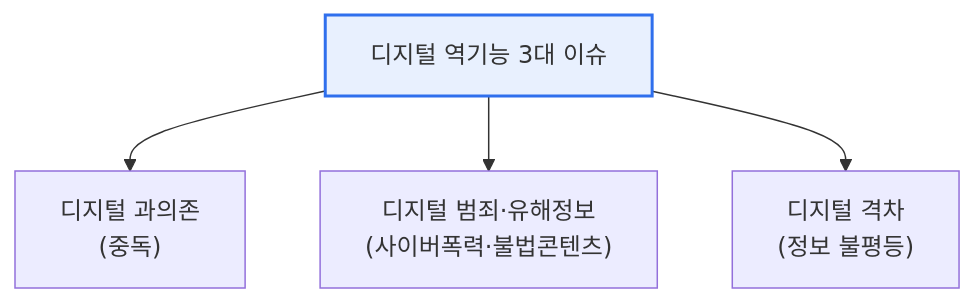
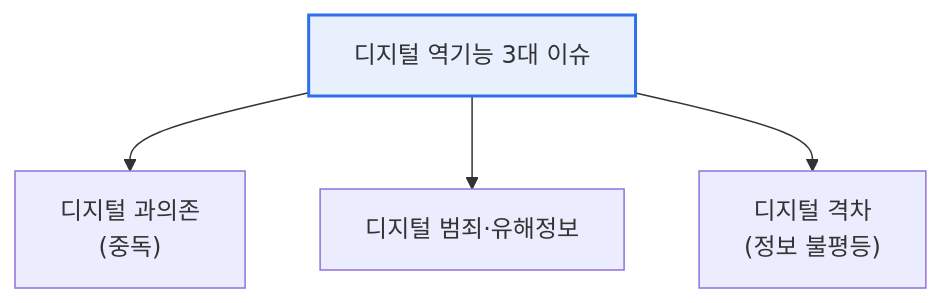
Before and after one commit to coninggu/wjdqhrhksflrltnftk: the diagram in content/digital-dysfunction.md, drawn with Mermaid. The commit also changed other lines of this file and 5 other files, not shown here.

````diff
--- a/content/digital-dysfunction.md
+++ b/content/digital-dysfunction.md
@@ -22,7 +27,7 @@
 ```mermaid
 flowchart TB
   D[디지털 역기능 3대 이슈] --> A["디지털 과의존<br/>(중독)"]
-  D --> B["디지털 범죄·유해정보<br/>(사이버폭력·불법콘텐츠)"]
+  D --> B["디지털 범죄·유해정보"]
   D --> C["디지털 격차<br/>(정보 불평등)"]
   style D fill:#e8f0fe,stroke:#2f6fed,stroke-width:2px
 ```
````
